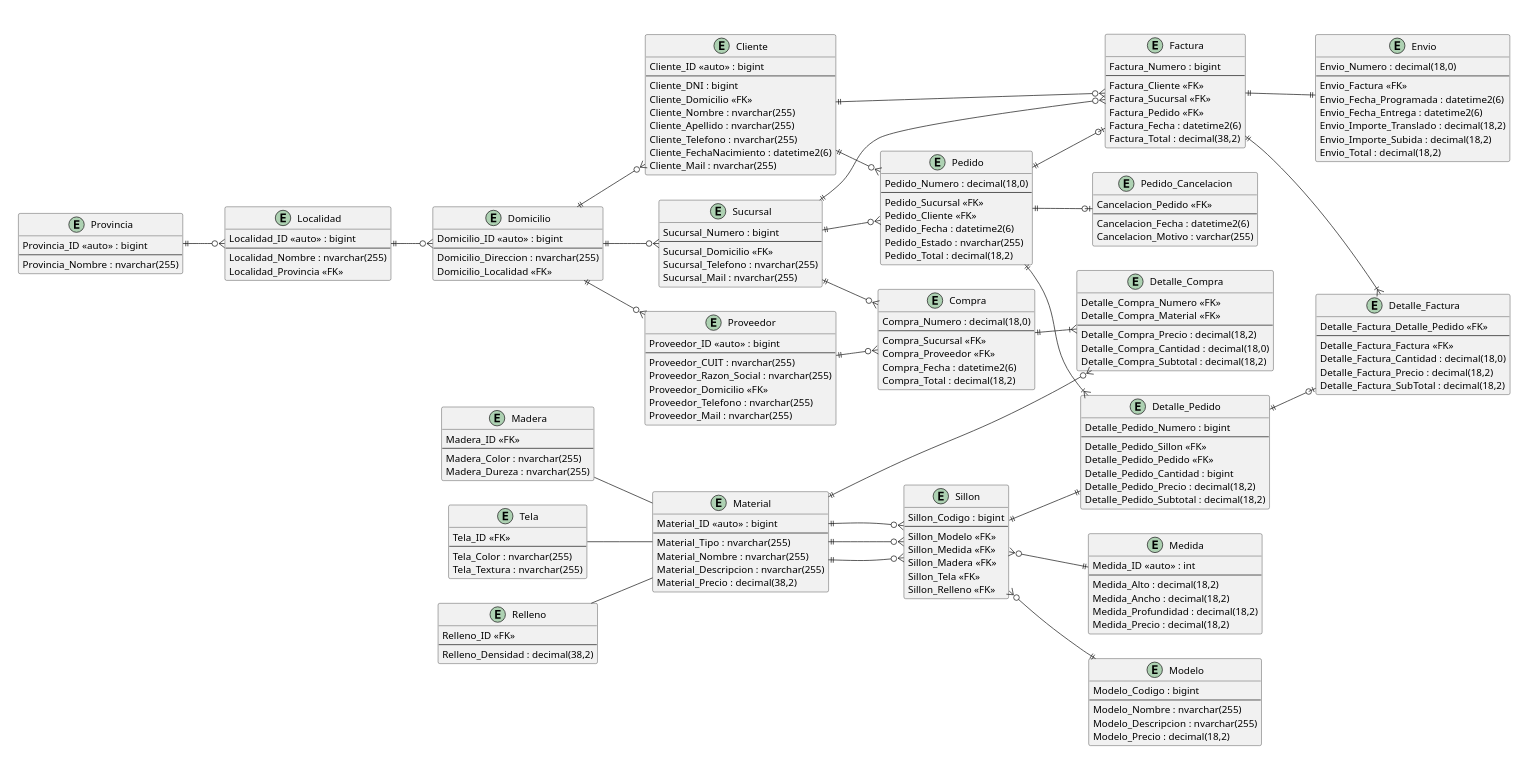
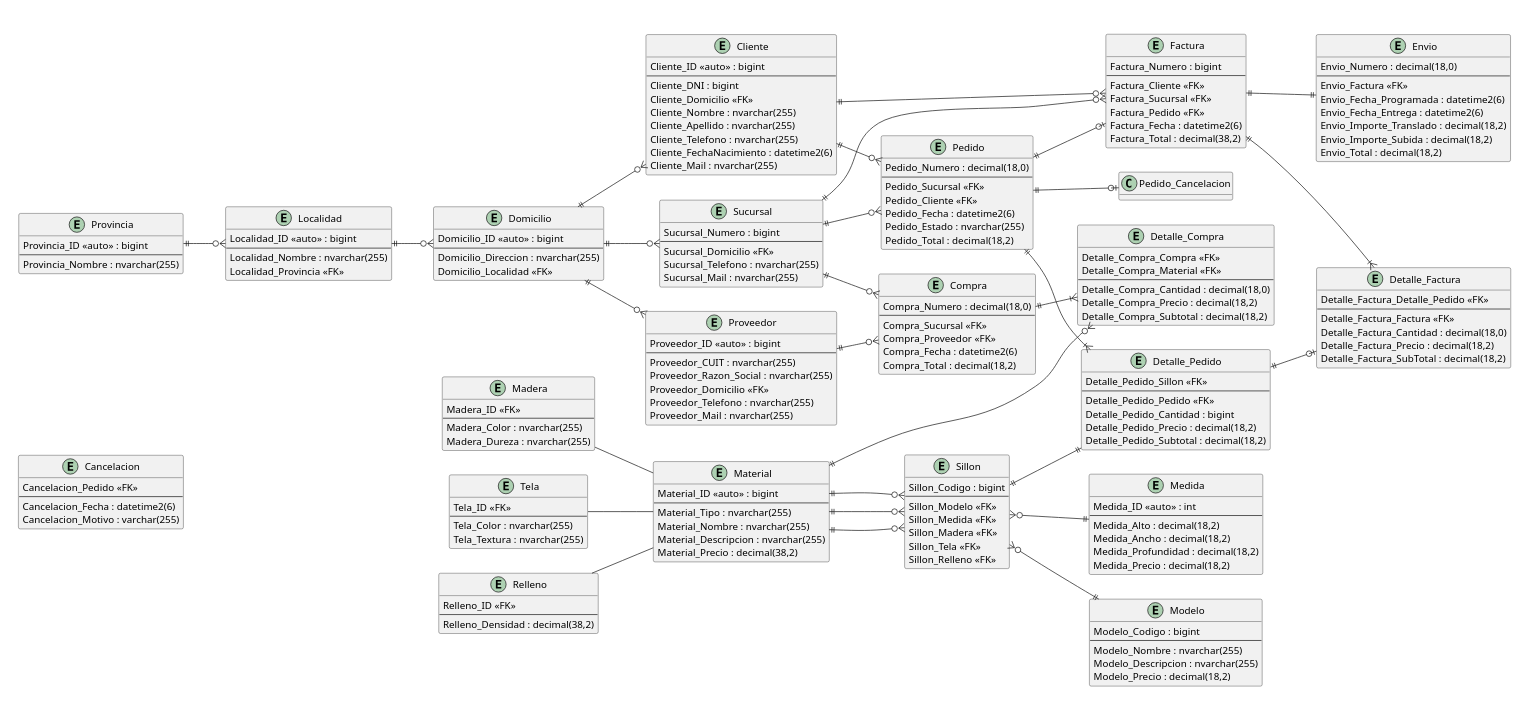
One commit to JuanManuelRama/BasesDeDatos changed the diagram in DER.puml. Above: the diagram before and after it, drawn with PlantUML.

Commit message:
Consistencia semántica

```diff
--- a/DER.puml
+++ b/DER.puml
@@ -150,11 +150,11 @@
     Compra_Total : decimal(18,2)
   }
   entity Detalle_Compra {
-    Detalle_Compra_Numero <<FK>>
+    Detalle_Compra_Compra <<FK>>
     Detalle_Compra_Material <<FK>>
     --
+    Detalle_Compra_Cantidad : decimal(18,0)
     Detalle_Compra_Precio : decimal(18,2)
-    Detalle_Compra_Cantidad : decimal(18,0)
     Detalle_Compra_Subtotal : decimal(18,2)
   }
 
@@ -175,15 +175,14 @@
     Pedido_Total : decimal(18,2)
   }
   entity Detalle_Pedido {
-    Detalle_Pedido_Numero : bigint
+    Detalle_Pedido_Sillon <<FK>>
     --
-    Detalle_Pedido_Sillon <<FK>>
     Detalle_Pedido_Pedido <<FK>>
     Detalle_Pedido_Cantidad : bigint
     Detalle_Pedido_Precio : decimal(18,2)
     Detalle_Pedido_Subtotal : decimal(18,2)
   }
-  entity Pedido_Cancelacion {
+  entity Cancelacion {
     Cancelacion_Pedido <<FK>>
     --
     Cancelacion_Fecha : datetime2(6)
```
